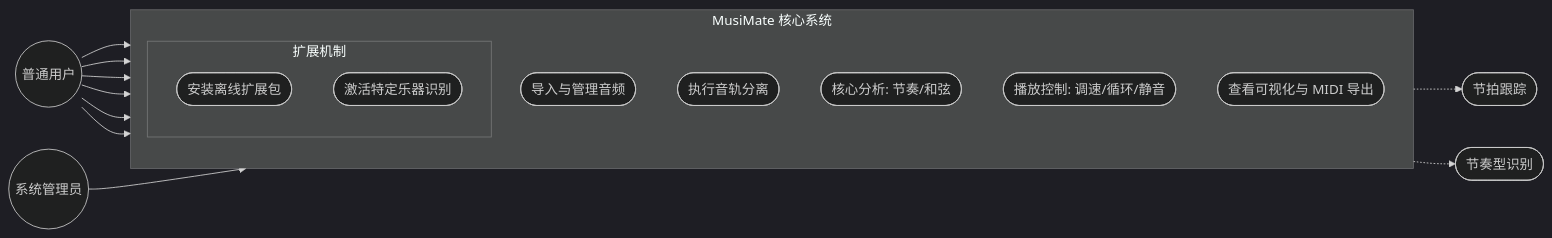
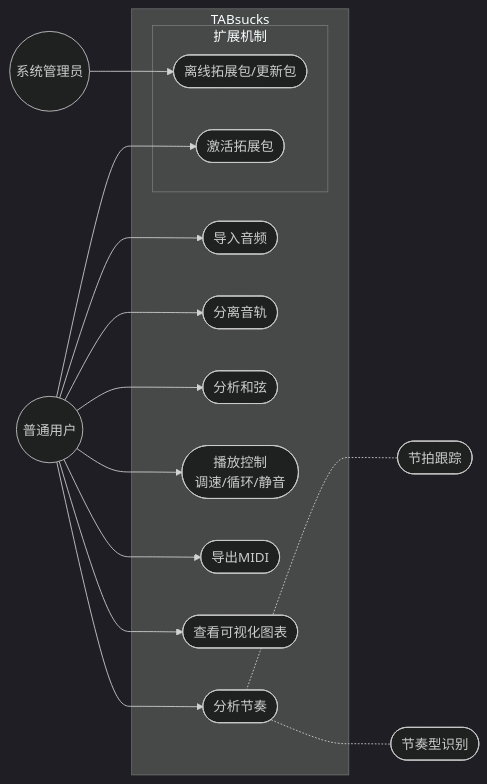
Before and after one commit to GotoMiyuki/TABsucks: the first of 3 diagrams in 需求构思与建模.md, drawn with Mermaid (dark theme). The commit also changed other lines of this file, not shown here.

````diff
--- a/需求构思与建模.md
+++ b/需求构思与建模.md
@@ -99,31 +99,36 @@
 ```mermaid
 flowchart LR
     User((普通用户))
     Admin((系统管理员))
 
-    subgraph MusiMate_System [MusiMate 核心系统]
-        direction TB
-        UC1([导入与管理音频])
-        UC2([执行音轨分离])
-        UC3([核心分析: 节奏/和弦])
-        UC5([播放控制: 调速/循环/静音])
-        UC7([查看可视化与 MIDI 导出])
+    subgraph TABsucks
+        UC1([导入音频])
+        UC2([分离音轨])
+        UC3([分析节奏])
+        UC4([分析和弦])
+        UC5([播放控制<br>调速/循环/静音])
+        UC6([导出MIDI])
+        UC7([查看可视化图表])
         
         subgraph Plugin_Extension [扩展机制]
-            UC8([安装离线扩展包])
-            UC9([激活特定乐器识别])
+          UC8([离线拓展包/更新包])
+          UC9([激活拓展包])
         end
     end
+    UC3_1([节拍跟踪])
+    UC3_2([节奏型识别])
 
     User --> UC1
     User --> UC2
     User --> UC3
+    User --> UC4
     User --> UC5
+    User --> UC6
     User --> UC7
     User --> UC9
 
     Admin --> UC8
-    
-    UC3 -.-> UC3_1([节拍跟踪])
-    UC3 -.-> UC3_2([节奏型识别])
+
+    UC3 -.- UC3_1
+    UC3 -.- UC3_2
 ```
````
